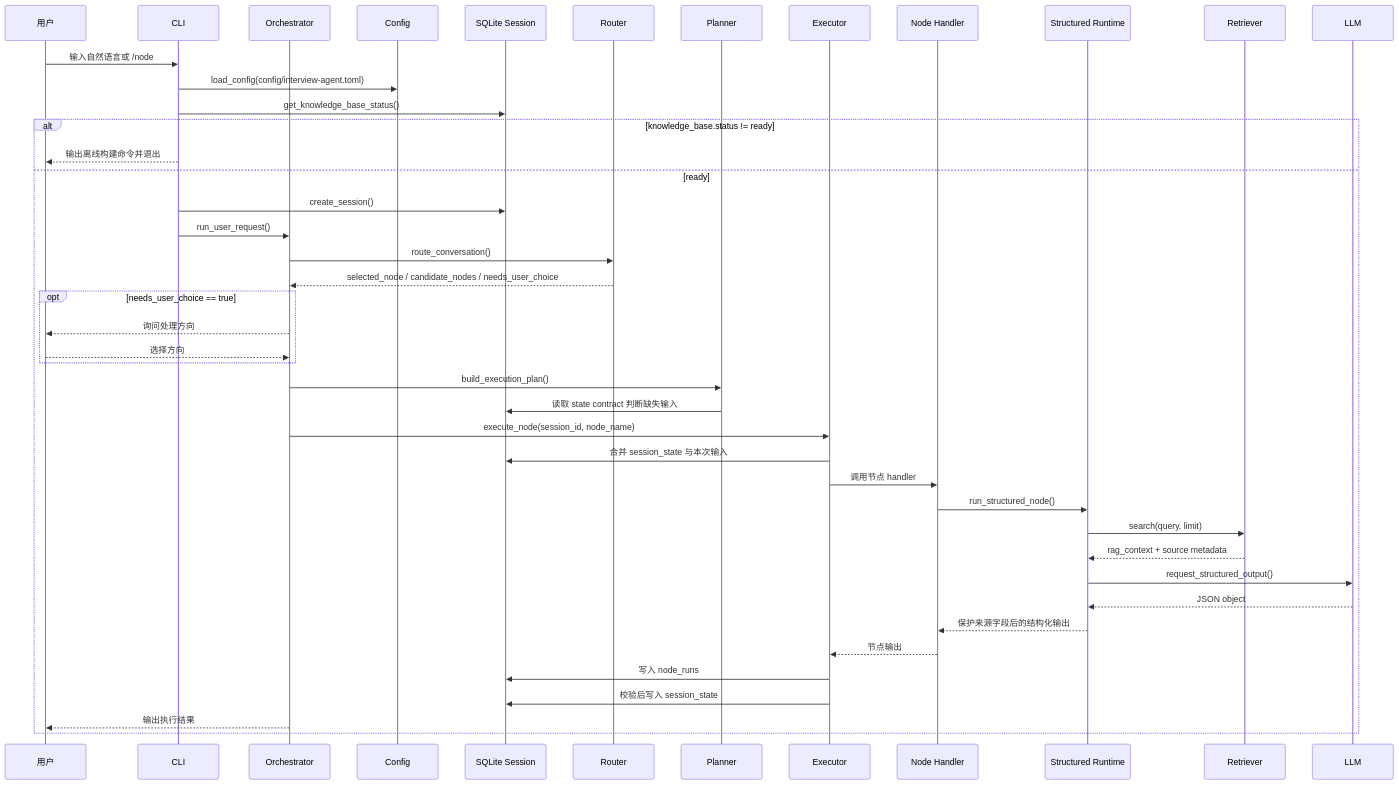
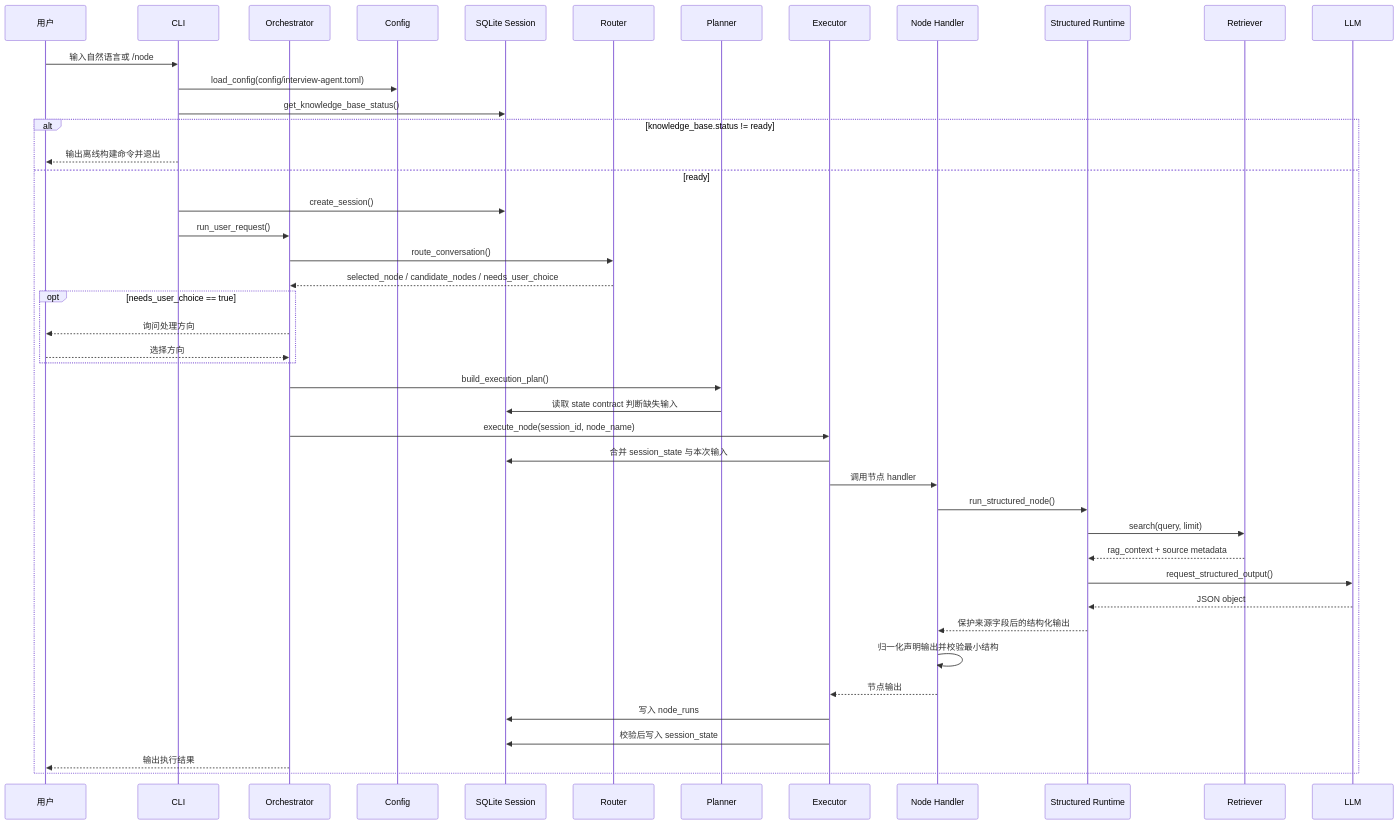
Before and after one commit to kaomianjin2/resume-agent: the second of 4 diagrams in docs/architecture.md, drawn with Mermaid. The commit also changed other lines of this file and 7 other files, not shown here.

````diff
--- a/docs/architecture.md
+++ b/docs/architecture.md
@@ -63,46 +63,47 @@
 ```mermaid
 sequenceDiagram
     participant U as 用户
     participant CLI as CLI
     participant O as Orchestrator
     participant C as Config
     participant S as SQLite Session
     participant R as Router
     participant P as Planner
     participant E as Executor
     participant N as Node Handler
     participant A as Structured Runtime
     participant K as Retriever
     participant L as LLM
 
     U->>CLI: 输入自然语言或 /node
     CLI->>C: load_config(config/interview-agent.toml)
     CLI->>S: get_knowledge_base_status()
     alt knowledge_base.status != ready
         CLI-->>U: 输出离线构建命令并退出
     else ready
         CLI->>S: create_session()
         CLI->>O: run_user_request()
         O->>R: route_conversation()
         R-->>O: selected_node / candidate_nodes / needs_user_choice
         opt needs_user_choice == true
             O-->>U: 询问处理方向
             U-->>O: 选择方向
         end
         O->>P: build_execution_plan()
         P->>S: 读取 state contract 判断缺失输入
         O->>E: execute_node(session_id, node_name)
         E->>S: 合并 session_state 与本次输入
         E->>N: 调用节点 handler
         N->>A: run_structured_node()
         A->>K: search(query, limit)
         K-->>A: rag_context + source metadata
         A->>L: request_structured_output()
         L-->>A: JSON object
         A-->>N: 保护来源字段后的结构化输出
+        N->>N: 归一化声明输出并校验最小结构
         N-->>E: 节点输出
         E->>S: 写入 node_runs
         E->>S: 校验后写入 session_state
         O-->>U: 输出执行结果
     end
 ```
````
